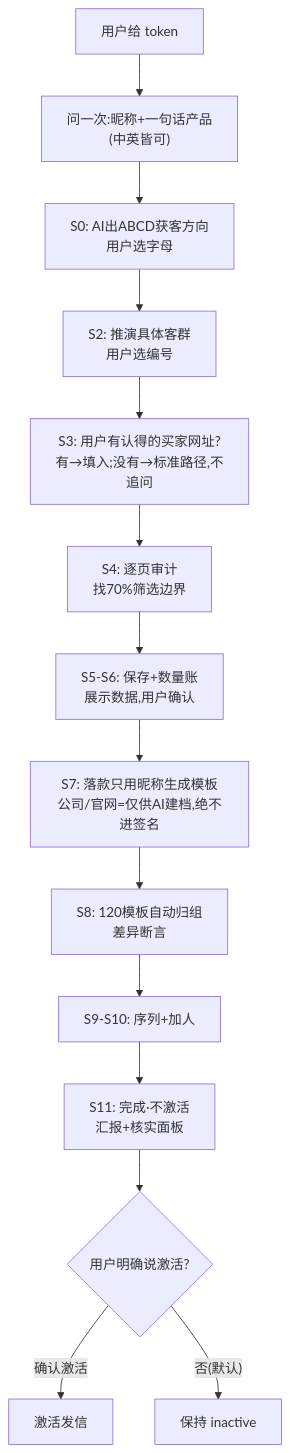
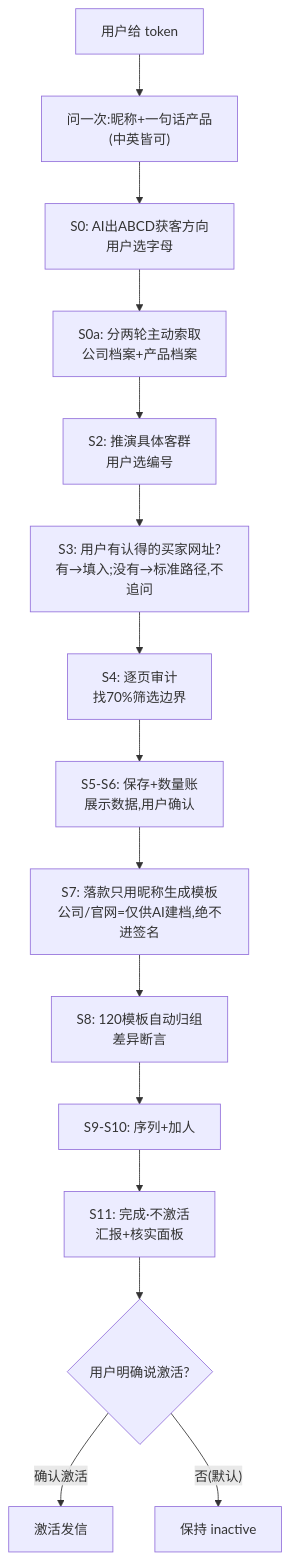
One commit to tony-apan/laifaxin-b2b-sales changed the diagram in SKILL.md. Above: the diagram before and after it, drawn with Mermaid. The commit also changed other lines of this file and 62 other files, not shown here.

Commit message:
v0.4.0: 换机续接与写安全主链——零Python bootstrap/换机白名单迁移+旧凭证降级/operator+product档案回落/审批实际参数hash+状态合法转换图/S12三层TTY确认+禁grant/claims逐字溯源/S4+S11证据manifest/清空五连环坑L-54

````diff
--- a/SKILL.md
+++ b/SKILL.md
@@ -25,16 +25,17 @@
 ```mermaid
 flowchart TD
     T["用户给 token"] --> N["问一次:昵称+一句话产品<br/>(中英皆可)"]
     N --> S0["S0: AI出ABCD获客方向<br/>用户选字母"]
-    S0 --> S2["S2: 推演具体客群<br/>用户选编号"]
+    S0 --> S0A["S0a: 分两轮主动索取<br/>公司档案+产品档案"]
+    S0A --> S2["S2: 推演具体客群<br/>用户选编号"]
     S2 --> S3["S3: 用户有认得的买家网址?<br/>有→填入;没有→标准路径,不追问"]
     S3 --> S4["S4: 逐页审计<br/>找70%筛选边界"]
     S4 --> S5["S5-S6: 保存+数量账<br/>展示数据,用户确认"]
     S5 --> S7["S7: 落款只用昵称生成模板<br/>公司/官网=仅供AI建档,绝不进签名"]
     S7 --> S8["S8: 120模板自动归组<br/>差异断言"]
     S8 --> S9["S9-S10: 序列+加人"]
     S9 --> S11["S11: 完成·不激活<br/>汇报+核实面板"]
     S11 --> S12{"用户明确说激活?"}
     S12 -- "确认激活" --> ACT["激活发信"]
     S12 -- "否(默认)" --> WAIT["保持 inactive"]
 ```
````
